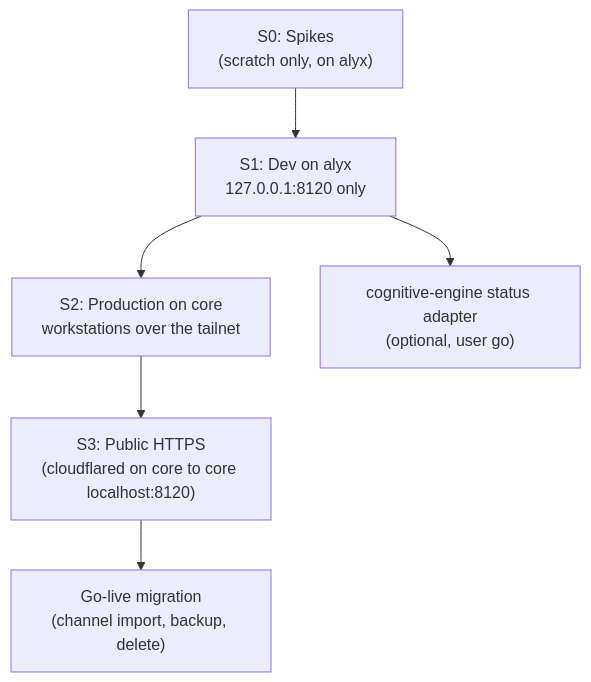
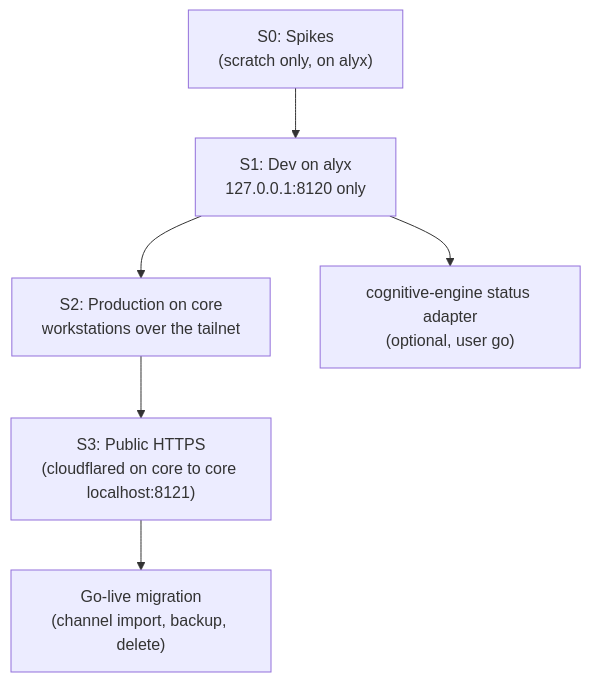
One commit to rockad/agentic-hub changed the second of 2 diagrams in plugins/coordination/docs/plans/consolidated-bridge-v2-plan.md. Above: the diagram before and after it, drawn with Mermaid. The commit also changed other lines of this file and 7 other files, not shown here.

````diff
--- a/plugins/coordination/docs/plans/consolidated-bridge-v2-plan.md
+++ b/plugins/coordination/docs/plans/consolidated-bridge-v2-plan.md
@@ -203,8 +209,8 @@
 ```mermaid
 flowchart TD
     S0["S0: Spikes<br/>(scratch only, on alyx)"] --> S1["S1: Dev on alyx<br/>127.0.0.1:8120 only"]
     S1 --> S2["S2: Production on core<br/>workstations over the tailnet"]
     S1 --> CEA["cognitive-engine status adapter<br/>(optional, user go)"]
-    S2 --> S3["S3: Public HTTPS<br/>(cloudflared on core to core localhost:8120)"]
+    S2 --> S3["S3: Public HTTPS<br/>(cloudflared on core to core localhost:8121)"]
     S3 --> GL["Go-live migration<br/>(channel import, backup, delete)"]
 ```
````
